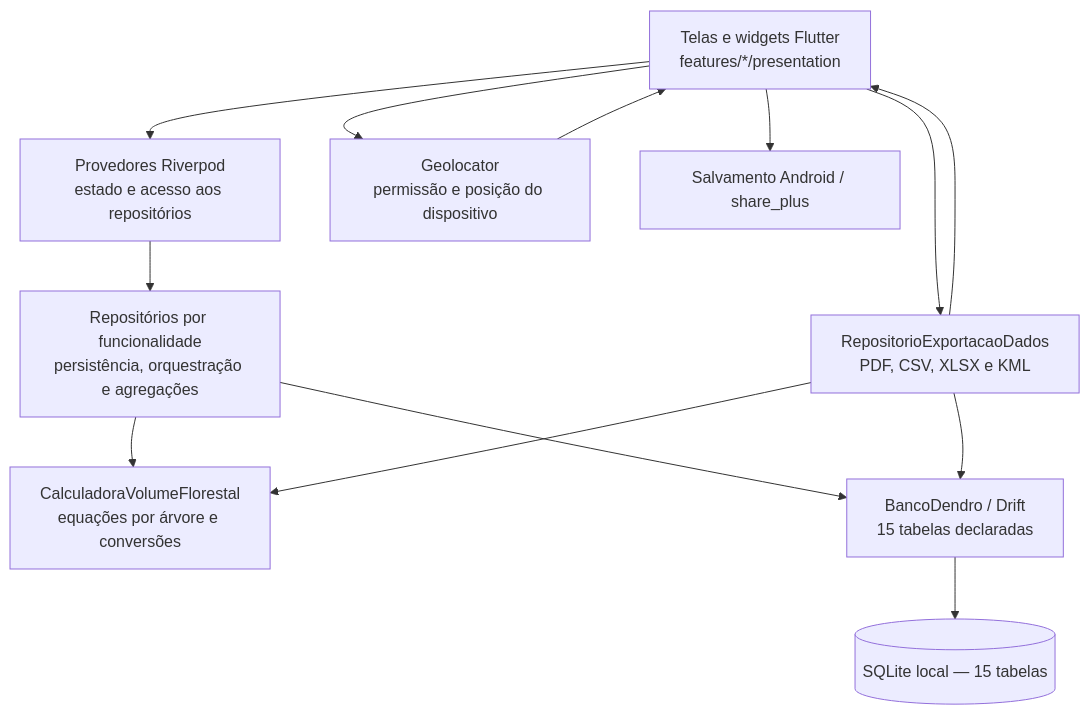
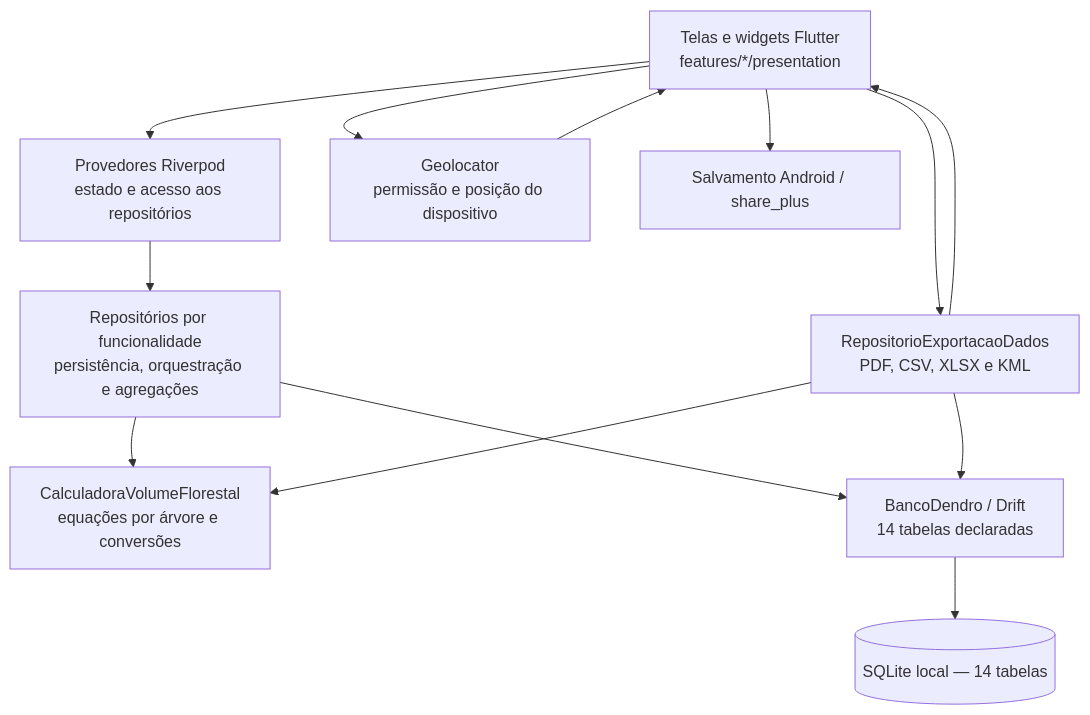
One commit to mateushernandes10-droid/dendro_mobile changed the second of 9 diagrams in tcc_codex_context/docs/ENGINEERING_MODELS.md. Above: the diagram before and after it, drawn with Mermaid. The commit also changed other lines of this file and 26 other files, not shown here.

````diff
--- a/tcc_codex_context/docs/ENGINEERING_MODELS.md
+++ b/tcc_codex_context/docs/ENGINEERING_MODELS.md
@@ -62,24 +62,24 @@
 ```mermaid
 flowchart TB
     UI["Telas e widgets Flutter<br/>features/*/presentation"]
     RP["Provedores Riverpod<br/>estado e acesso aos repositórios"]
     REPO["Repositórios por funcionalidade<br/>persistência, orquestração e agregações"]
     CALC["CalculadoraVolumeFlorestal<br/>equações por árvore e conversões"]
-    DB["BancoDendro / Drift<br/>15 tabelas declaradas"]
-    SQL[("SQLite local — 15 tabelas")]
+    DB["BancoDendro / Drift<br/>14 tabelas declaradas"]
+    SQL[("SQLite local — 14 tabelas")]
     GEO["Geolocator<br/>permissão e posição do dispositivo"]
     EXPORT["RepositorioExportacaoDados<br/>PDF, CSV, XLSX e KML"]
     FILE["Salvamento Android / share_plus"]
     UI --> RP
     RP --> REPO
     REPO --> DB
     DB --> SQL
     REPO --> CALC
     UI --> GEO
     GEO --> UI
     UI --> EXPORT
     EXPORT --> DB
     EXPORT --> CALC
     UI --> FILE
     EXPORT --> UI
 ```
````
